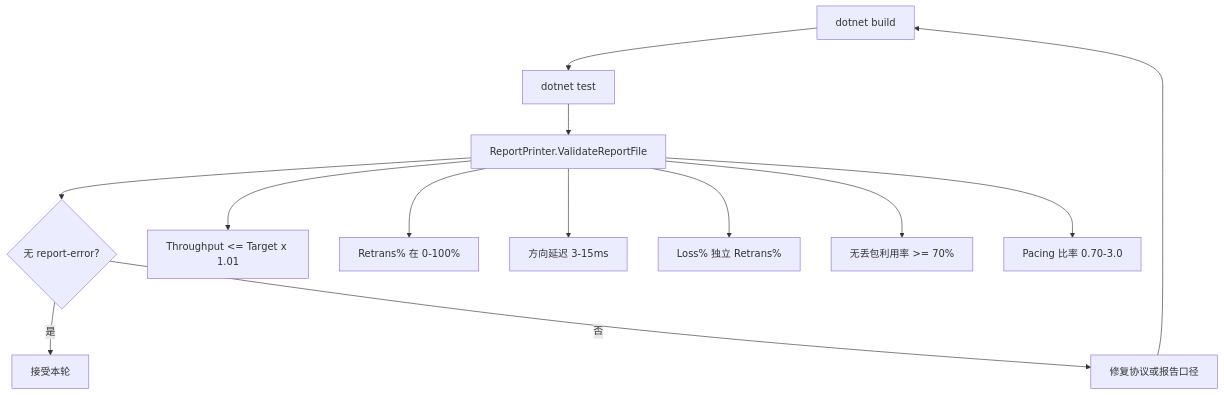
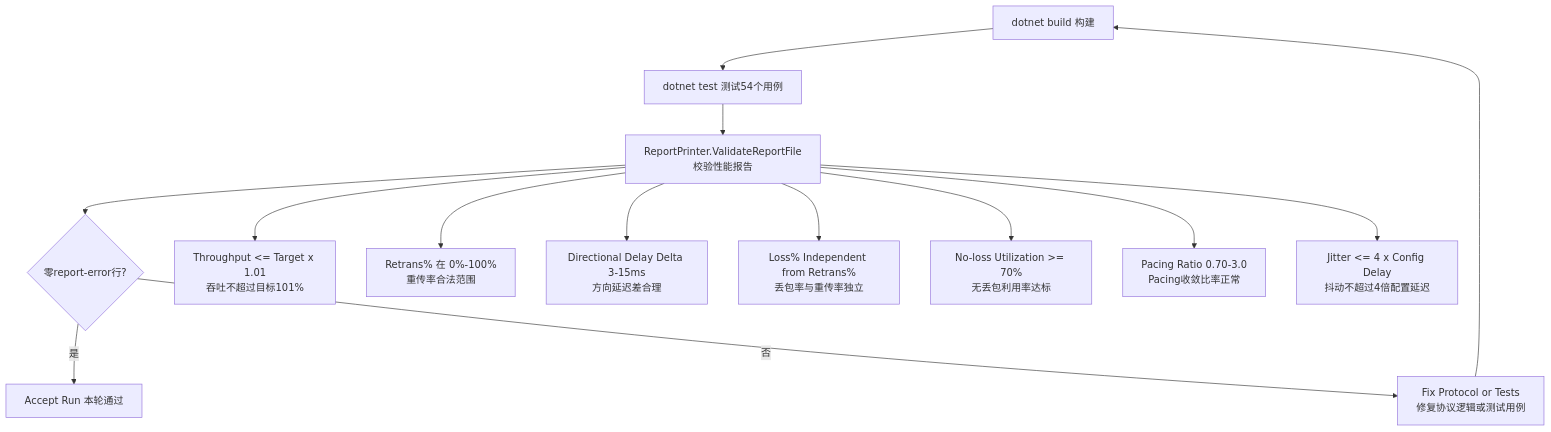
One commit to liulilittle/ucp changed diagram 11 of 11 in docs/architecture_CN.md. Above: the diagram before and after it, drawn with Mermaid. The commit also changed other lines of this file and 43 other files, not shown here.

````diff
--- a/docs/architecture_CN.md
+++ b/docs/architecture_CN.md
@@ -448,16 +480,17 @@
 ```mermaid
 flowchart TD
-    Build[dotnet build] --> Tests[dotnet test]
-    Tests --> Report[ReportPrinter.ValidateReportFile]
-    Report --> Metrics{无 report-error?}
-    Metrics -->|是| Done[接受本轮]
-    Metrics -->|否| Fix[修复协议或报告口径]
+    Build["dotnet build 构建"] --> Tests["dotnet test 测试54个用例"]
+    Tests --> Report["ReportPrinter.ValidateReportFile<br/>校验性能报告"]
+    Report --> Metrics{"零report-error行?"}
+    Metrics -->|"是"| Done["Accept Run 本轮通过"]
+    Metrics -->|"否"| Fix["Fix Protocol or Tests<br/>修复协议逻辑或测试用例"]
     Fix --> Build
-
-    Report --> C1[Throughput <= Target x 1.01]
-    Report --> C2[Retrans% 在 0-100%]
-    Report --> C3[方向延迟 3-15ms]
-    Report --> C4[Loss% 独立 Retrans%]
-    Report --> C5[无丢包利用率 >= 70%]
-    Report --> C6[Pacing 比率 0.70-3.0]
+    
+    Report --> C1["Throughput <= Target x 1.01<br/>吞吐不超过目标101%"]
+    Report --> C2["Retrans% 在 0%-100%<br/>重传率合法范围"]
+    Report --> C3["Directional Delay Delta 3-15ms<br/>方向延迟差合理"]
+    Report --> C4["Loss% Independent from Retrans%<br/>丢包率与重传率独立"]
+    Report --> C5["No-loss Utilization >= 70%<br/>无丢包利用率达标"]
+    Report --> C6["Pacing Ratio 0.70-3.0<br/>Pacing收敛比率正常"]
+    Report --> C7["Jitter <= 4 x Config Delay<br/>抖动不超过4倍配置延迟"]
 ```
````
